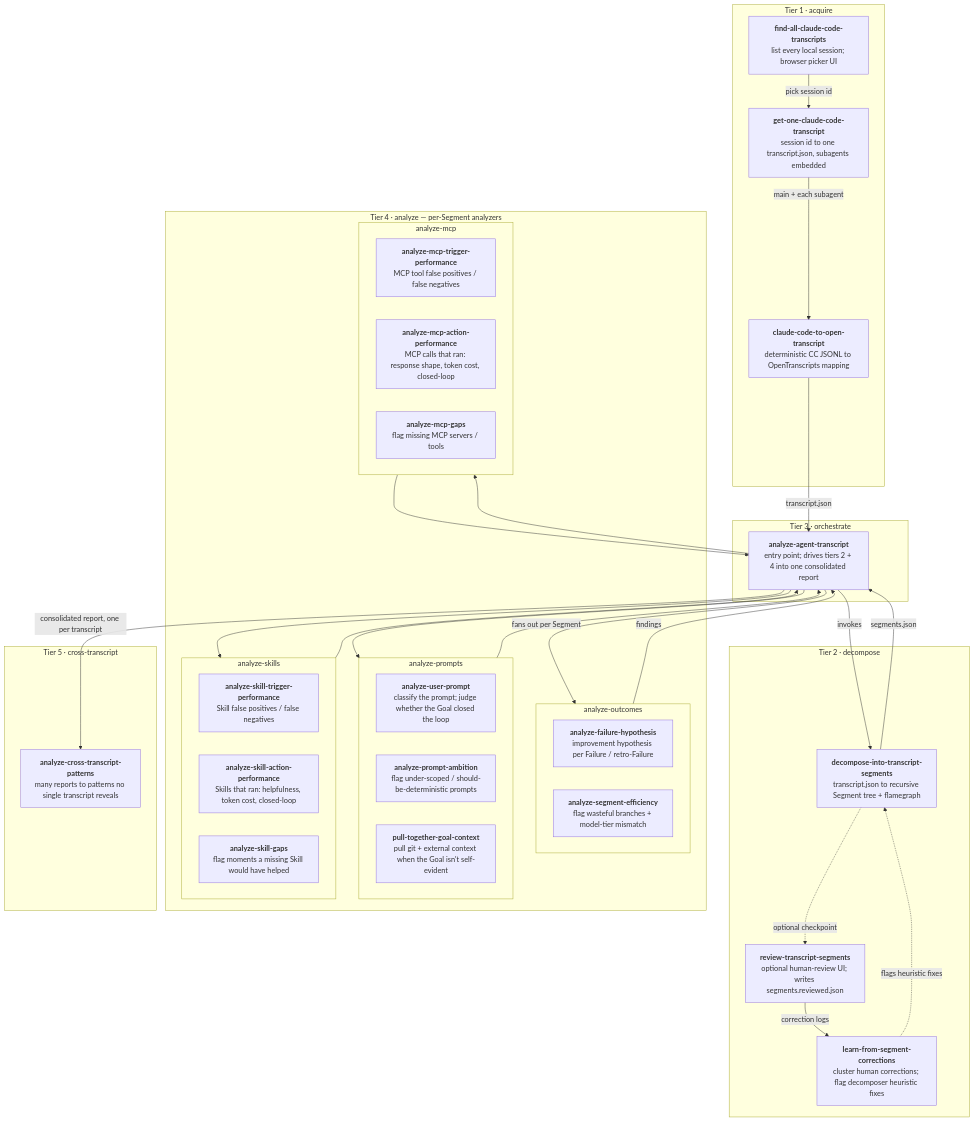
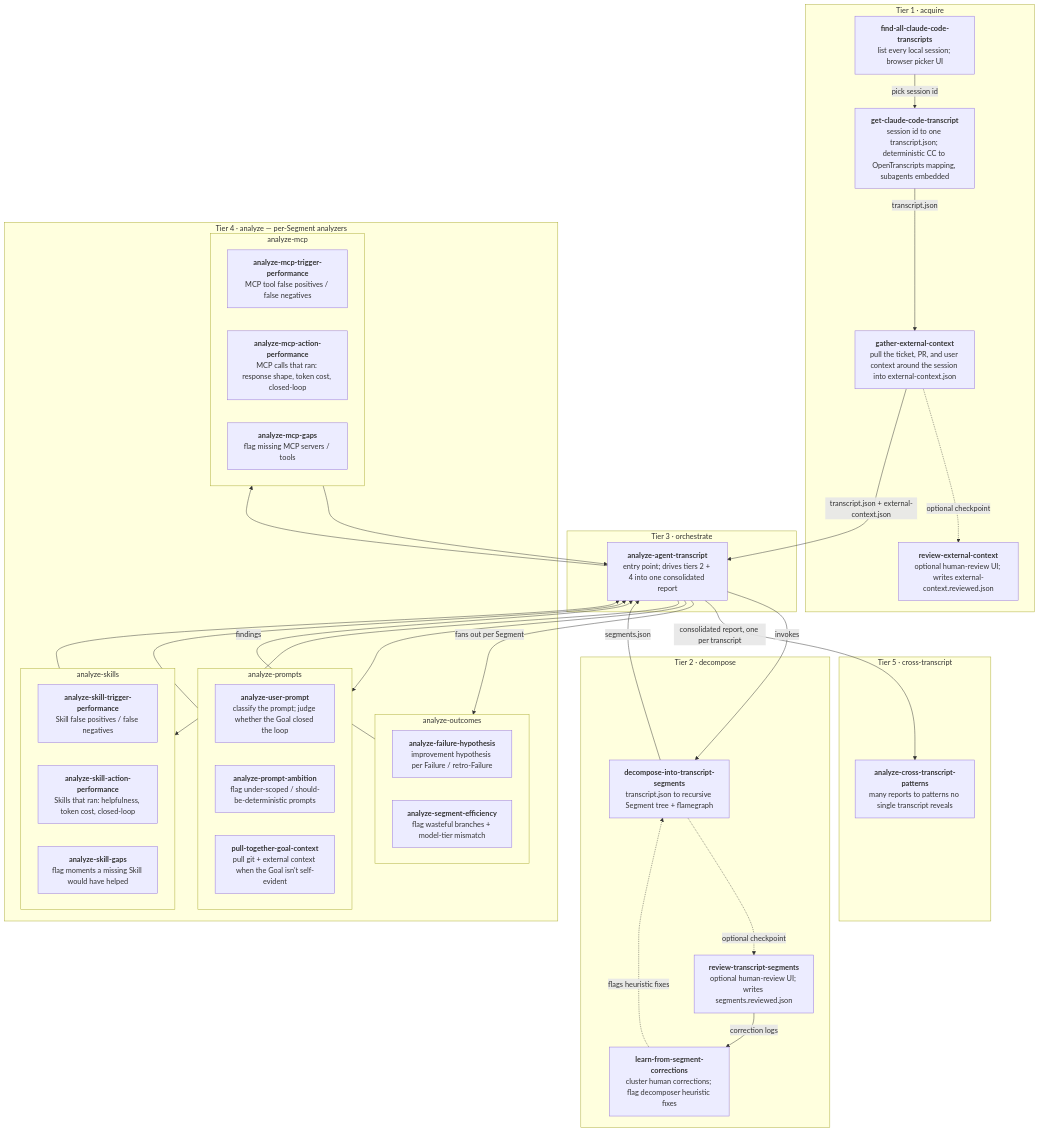
The diagram in skills/agent-transcript-analysis/README.md (pulsemcp/ai-artifacts), drawn with Mermaid before and after one commit. The commit also changed other lines of this file and 29 other files, not shown here.

First line of the commit message:
Add tier-1 external-context skills; finish the get-claude-code-transcript merge

````diff
--- a/skills/agent-transcript-analysis/README.md
+++ b/skills/agent-transcript-analysis/README.md
@@ -46,62 +47,64 @@
 ```mermaid
 flowchart TD
     subgraph T1["Tier 1 · acquire"]
         FA["<b>find-all-claude-code-transcripts</b><br/>list every local session; browser picker UI"]
-        GO["<b>get-one-claude-code-transcript</b><br/>session id to one transcript.json, subagents embedded"]
-        CC["<b>claude-code-to-open-transcript</b><br/>deterministic CC JSONL to OpenTranscripts mapping"]
+        GET["<b>get-claude-code-transcript</b><br/>session id to one transcript.json; deterministic CC to OpenTranscripts mapping, subagents embedded"]
+        GEC["<b>gather-external-context</b><br/>pull the ticket, PR, and user context around the session into external-context.json"]
+        REC["<b>review-external-context</b><br/>optional human-review UI; writes external-context.reviewed.json"]
     end
 
     subgraph T2["Tier 2 · decompose"]
         DEC["<b>decompose-into-transcript-segments</b><br/>transcript.json to recursive Segment tree + flamegraph"]
         REV["<b>review-transcript-segments</b><br/>optional human-review UI; writes segments.reviewed.json"]
         LEARN["<b>learn-from-segment-corrections</b><br/>cluster human corrections; flag decomposer heuristic fixes"]
     end
 
     subgraph T3["Tier 3 · orchestrate"]
         ORCH["<b>analyze-agent-transcript</b><br/>entry point; drives tiers 2 + 4 into one consolidated report"]
     end
 
     subgraph T4["Tier 4 · analyze — per-Segment analyzers"]
         subgraph T4O["analyze-outcomes"]
             FH["<b>analyze-failure-hypothesis</b><br/>improvement hypothesis per Failure / retro-Failure"]
             SE["<b>analyze-segment-efficiency</b><br/>flag wasteful branches + model-tier mismatch"]
         end
         subgraph T4P["analyze-prompts"]
             UP["<b>analyze-user-prompt</b><br/>classify the prompt; judge whether the Goal closed the loop"]
             PA["<b>analyze-prompt-ambition</b><br/>flag under-scoped / should-be-deterministic prompts"]
             GC["<b>pull-together-goal-context</b><br/>pull git + external context when the Goal isn't self-evident"]
         end
         subgraph T4S["analyze-skills"]
             STP["<b>analyze-skill-trigger-performance</b><br/>Skill false positives / false negatives"]
             SAP["<b>analyze-skill-action-performance</b><br/>Skills that ran: helpfulness, token cost, closed-loop"]
             SG["<b>analyze-skill-gaps</b><br/>flag moments a missing Skill would have helped"]
         end
         subgraph T4M["analyze-mcp"]
             MTP["<b>analyze-mcp-trigger-performance</b><br/>MCP tool false positives / false negatives"]
             MAP["<b>analyze-mcp-action-performance</b><br/>MCP calls that ran: response shape, token cost, closed-loop"]
             MG["<b>analyze-mcp-gaps</b><br/>flag missing MCP servers / tools"]
         end
     end
 
     subgraph T5["Tier 5 · cross-transcript"]
         XT["<b>analyze-cross-transcript-patterns</b><br/>many reports to patterns no single transcript reveals"]
     end
 
-    FA -->|pick session id| GO
-    GO -->|main + each subagent| CC
-    CC -->|transcript.json| ORCH
+    FA -->|pick session id| GET
+    GET -->|transcript.json| GEC
+    GEC -.->|optional checkpoint| REC
+    GEC -->|transcript.json + external-context.json| ORCH
     ORCH -->|invokes| DEC
     DEC -->|segments.json| ORCH
     DEC -.->|optional checkpoint| REV
     REV -->|correction logs| LEARN
     LEARN -.->|flags heuristic fixes| DEC
     ORCH -->|fans out per Segment| T4O
     ORCH --> T4P
     ORCH --> T4S
     ORCH --> T4M
     T4O -->|findings| ORCH
     T4P --> ORCH
     T4S --> ORCH
     T4M --> ORCH
     ORCH -->|consolidated report, one per transcript| XT
 ```
````
